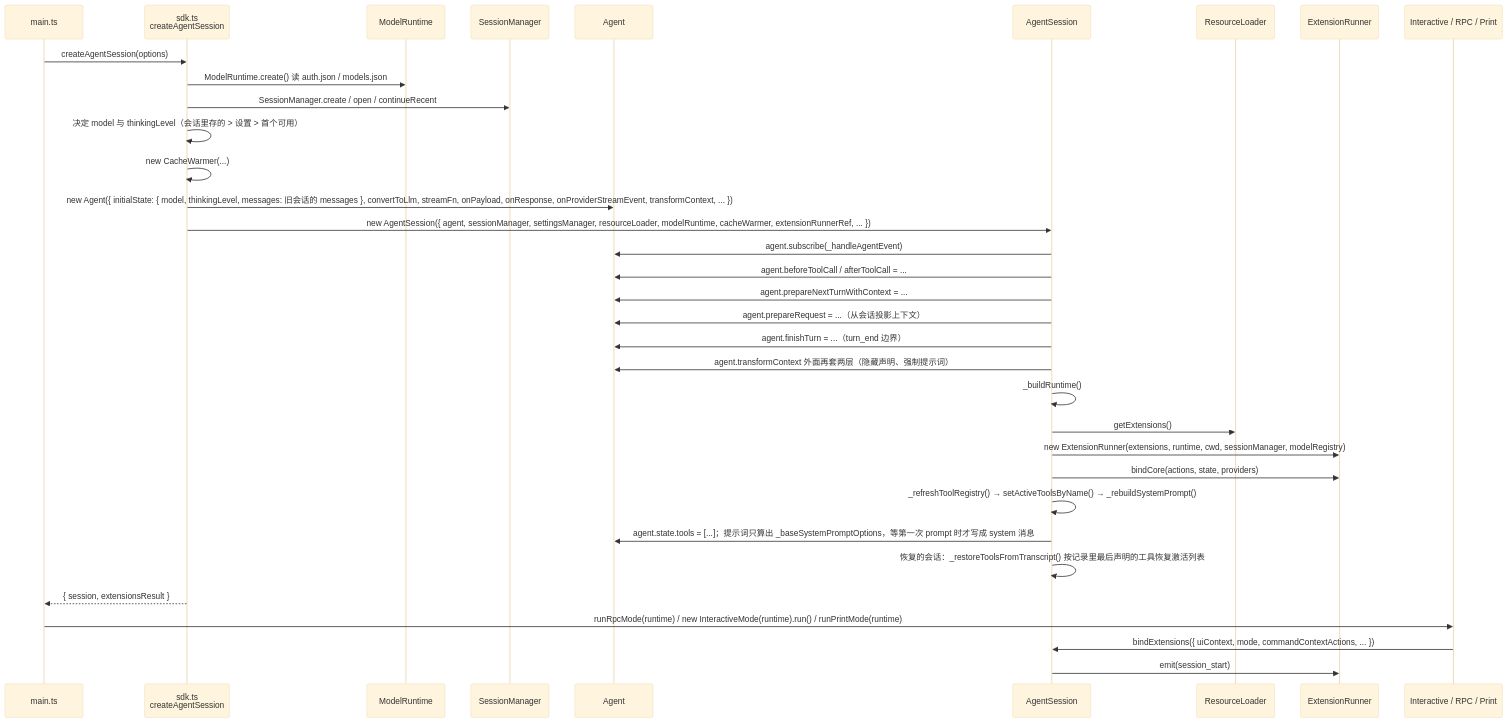
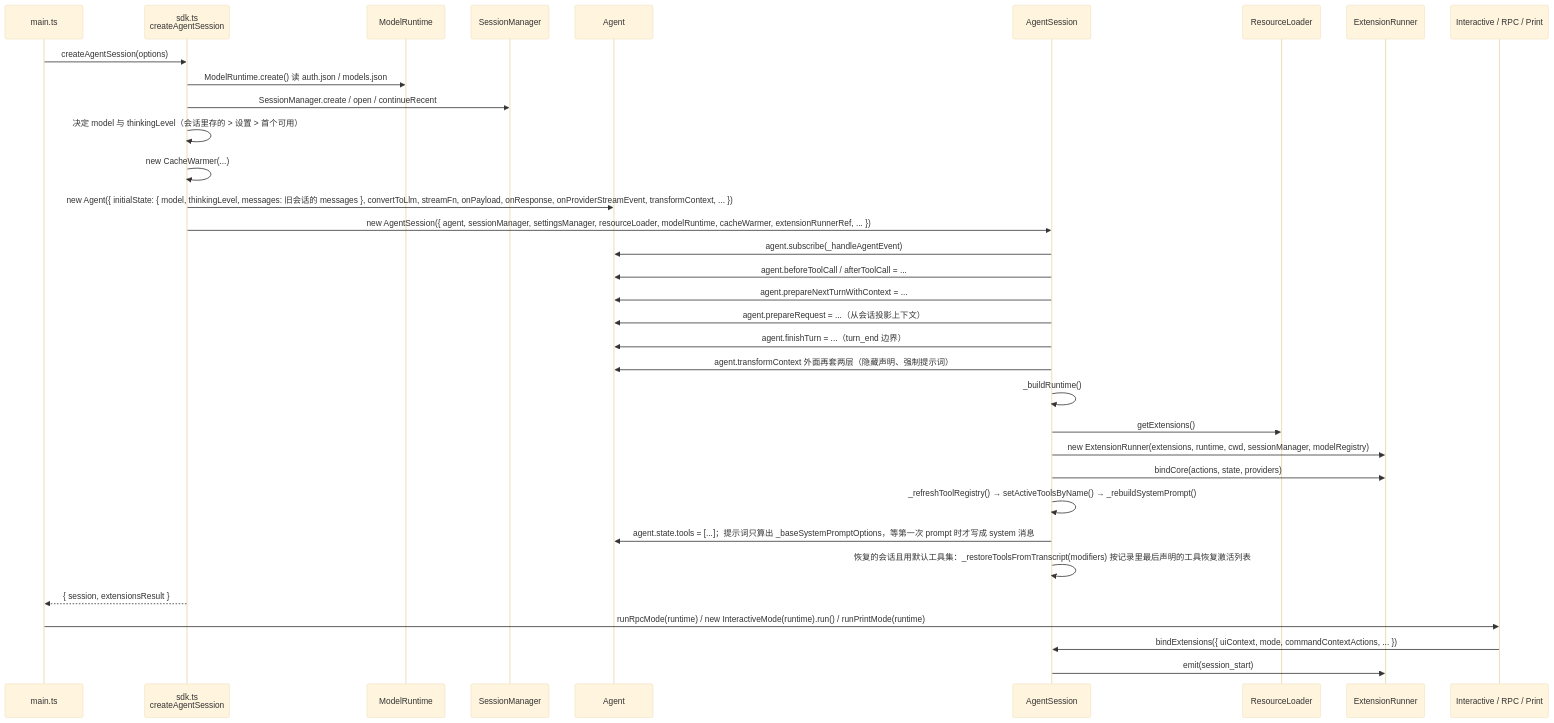
Diagram 11 of 19 in src/content/post/agents-pi-mono/index.md (nickqiaoo/nickqiaoo.github.io), drawn with Mermaid (base theme) before and after one commit. The commit also changed other lines of this file, not shown here.

````diff
--- a/src/content/post/agents-pi-mono/index.md
+++ b/src/content/post/agents-pi-mono/index.md
@@ -1294,37 +1300,37 @@
 ```mermaid
 sequenceDiagram
   participant M as main.ts
   participant SDK as sdk.ts<br/>createAgentSession
   participant MR as ModelRuntime
   participant SM as SessionManager
   participant AG as Agent
   participant AS as AgentSession
   participant RL as ResourceLoader
   participant ER as ExtensionRunner
   participant Mode as Interactive / RPC / Print
 
   M->>SDK: createAgentSession(options)
   SDK->>MR: ModelRuntime.create() 读 auth.json / models.json
   SDK->>SM: SessionManager.create / open / continueRecent
   SDK->>SDK: 决定 model 与 thinkingLevel（会话里存的 > 设置 > 首个可用）
   SDK->>SDK: new CacheWarmer(...)
   SDK->>AG: new Agent({ initialState: { model, thinkingLevel, messages: 旧会话的 messages }, convertToLlm, streamFn, onPayload, onResponse, onProviderStreamEvent, transformContext, ... })
   SDK->>AS: new AgentSession({ agent, sessionManager, settingsManager, resourceLoader, modelRuntime, cacheWarmer, extensionRunnerRef, ... })
   AS->>AG: agent.subscribe(_handleAgentEvent)
   AS->>AG: agent.beforeToolCall / afterToolCall = ...
   AS->>AG: agent.prepareNextTurnWithContext = ...
   AS->>AG: agent.prepareRequest = ...（从会话投影上下文）
   AS->>AG: agent.finishTurn = ...（turn_end 边界）
   AS->>AG: agent.transformContext 外面再套两层（隐藏声明、强制提示词）
   AS->>AS: _buildRuntime()
   AS->>RL: getExtensions()
   AS->>ER: new ExtensionRunner(extensions, runtime, cwd, sessionManager, modelRegistry)
   AS->>ER: bindCore(actions, state, providers)
   AS->>AS: _refreshToolRegistry() → setActiveToolsByName() → _rebuildSystemPrompt()
   AS->>AG: agent.state.tools = [...]；提示词只算出 _baseSystemPromptOptions，等第一次 prompt 时才写成 system 消息
-  AS->>AS: 恢复的会话：_restoreToolsFromTranscript() 按记录里最后声明的工具恢复激活列表
+  AS->>AS: 恢复的会话且用默认工具集：_restoreToolsFromTranscript(modifiers) 按记录里最后声明的工具恢复激活列表
   SDK-->>M: { session, extensionsResult }
   M->>Mode: runRpcMode(runtime) / new InteractiveMode(runtime).run() / runPrintMode(runtime)
   Mode->>AS: bindExtensions({ uiContext, mode, commandContextActions, ... })
   AS->>ER: emit(session_start)
 ```
````
